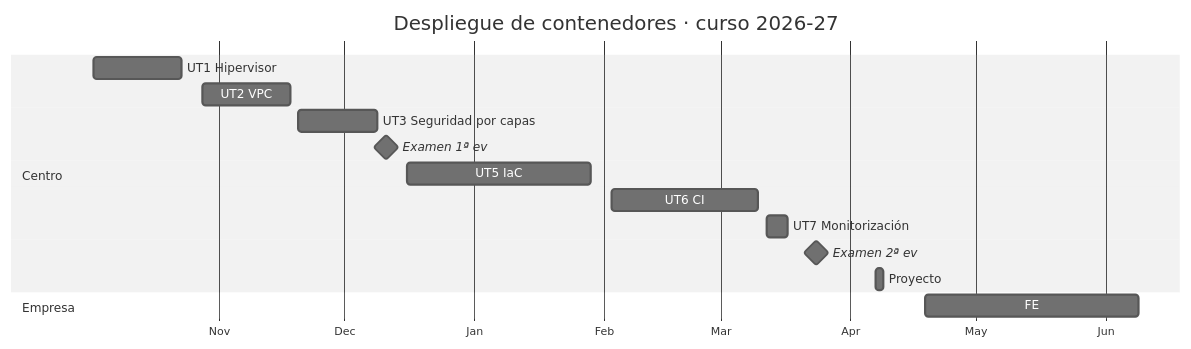
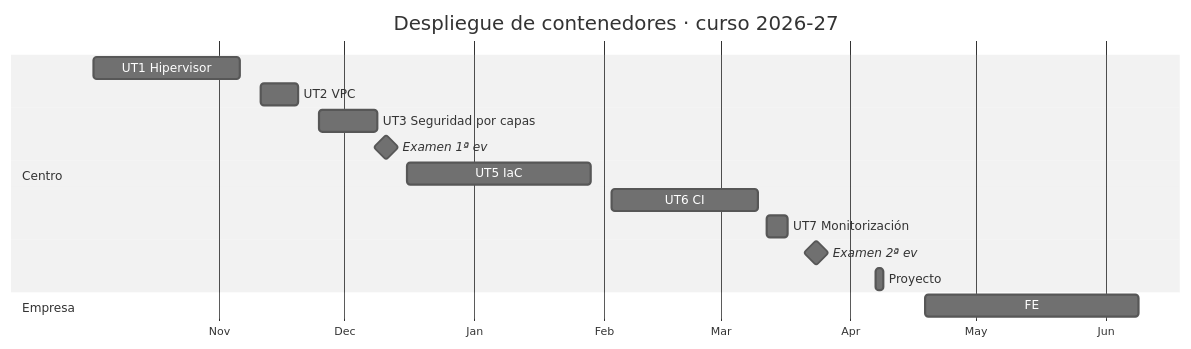
One commit to victor-educ/apuntes-5166 changed the diagram in docs/calendario.md. Above: the diagram before and after it, drawn with Mermaid (neutral theme). The commit also changed other lines of this file and 13 other files, not shown here.

````diff
--- a/docs/calendario.md
+++ b/docs/calendario.md
@@ -85,18 +85,18 @@
 ```mermaid
 gantt
     title Despliegue de contenedores · curso 2026-27
     dateFormat  YYYY-MM-DD
     axisFormat  %b
     section Centro
-    UT1 Hipervisor            :2026-10-02, 2026-10-23
-    UT2 VPC                   :2026-10-28, 2026-11-18
-    UT3 Seguridad por capas   :2026-11-20, 2026-12-09
+    UT1 Hipervisor            :2026-10-02, 2026-11-06
+    UT2 VPC                   :2026-11-11, 2026-11-20
+    UT3 Seguridad por capas   :2026-11-25, 2026-12-09
     Examen 1ª ev              :milestone, 2026-12-11, 0d
     UT5 IaC                   :2026-12-16, 2027-01-29
     UT6 CI                    :2027-02-03, 2027-03-10
     UT7 Monitorización        :2027-03-12, 2027-03-17
     Examen 2ª ev              :milestone, 2027-03-24, 0d
     Proyecto                  :2027-04-07, 2027-04-09
     section Empresa
     FE                        :2027-04-19, 2027-06-09
 ```
````
